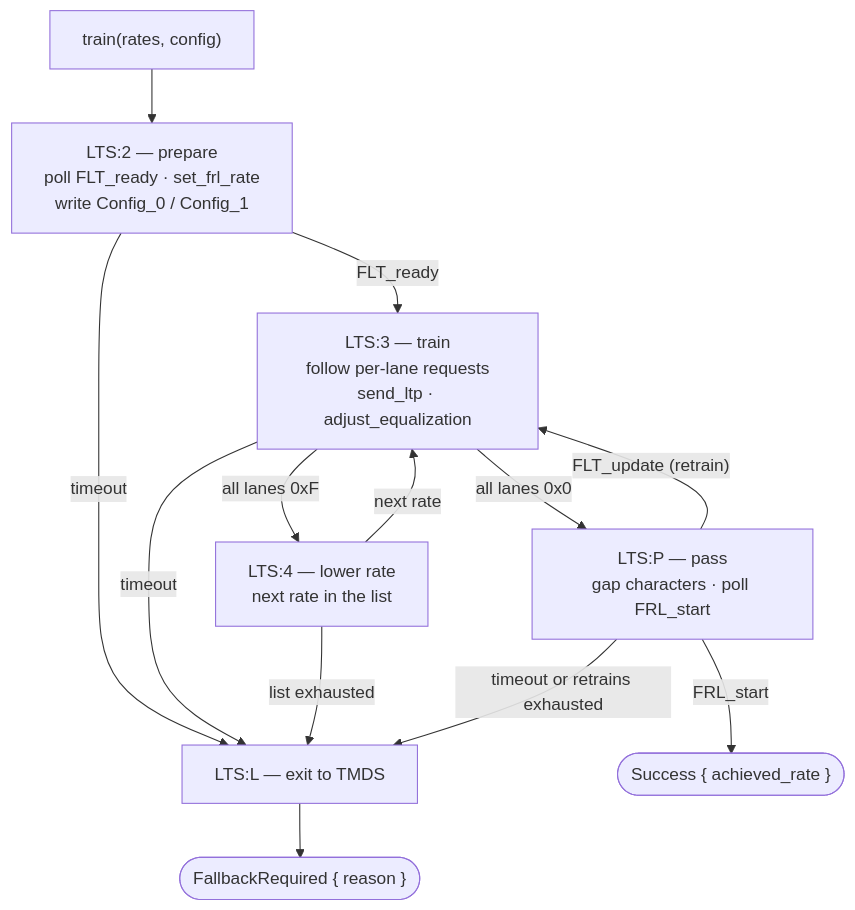
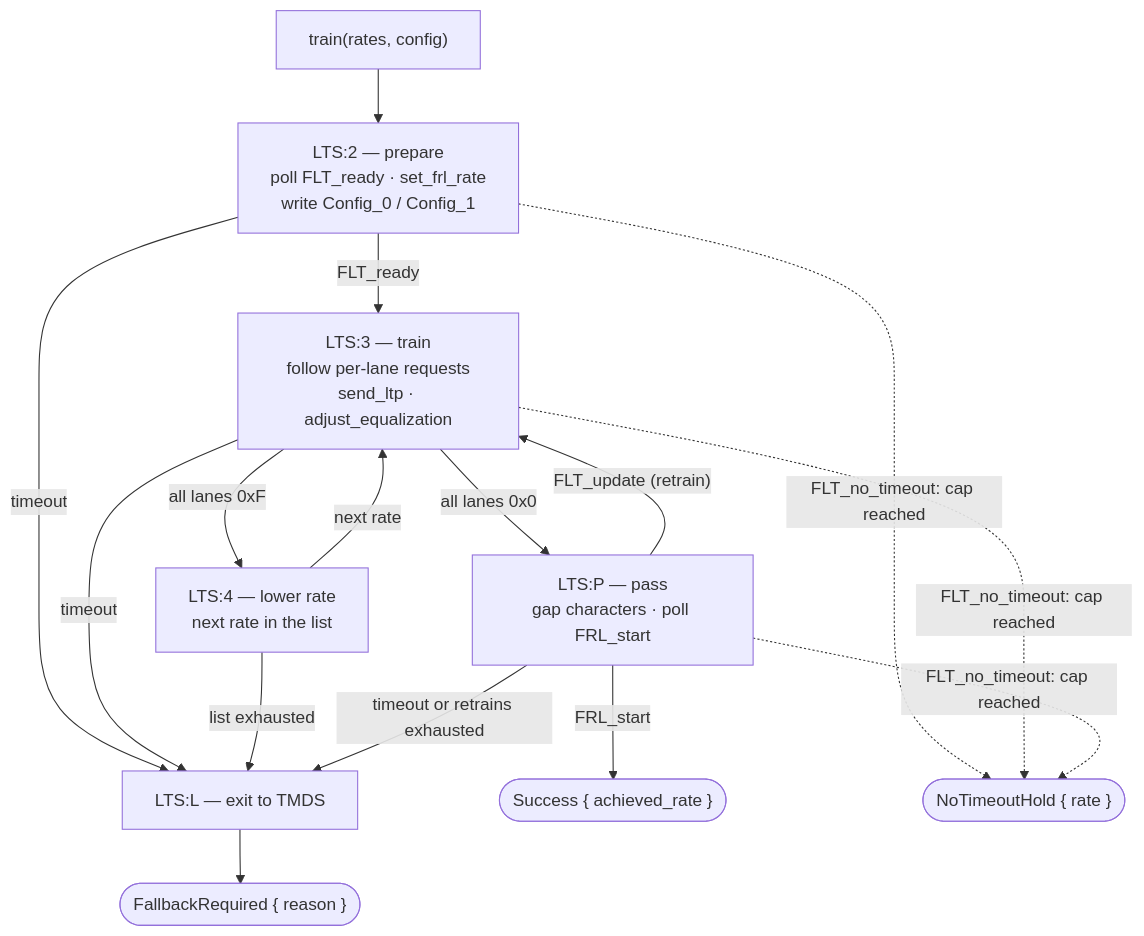
One commit to DracoWhitefire/plumbob changed the first of 2 diagrams in README.md. Above: the diagram before and after it, drawn with Mermaid. The commit also changed other lines of this file and 8 other files, not shown here.

Commit message:
Keep FRL training; FLT_no_timeout holds the link

````diff
--- a/README.md
+++ b/README.md
@@ -115,24 +115,26 @@
 ```mermaid
 flowchart TD
     A["train(rates, config)"]
     P2["LTS:2 — prepare\npoll FLT_ready · set_frl_rate\nwrite Config_0 / Config_1"]
     P3["LTS:3 — train\nfollow per-lane requests\nsend_ltp · adjust_equalization"]
     PP["LTS:P — pass\ngap characters · poll FRL_start"]
     P4["LTS:4 — lower rate\nnext rate in the list"]
     PL["LTS:L — exit to TMDS"]
     S(["Success { achieved_rate }"])
     F(["FallbackRequired { reason }"])
+    H(["NoTimeoutHold { rate }"])
 
     A --> P2
     P2 -- FLT_ready --> P3
     P2 -- timeout --> PL
     P3 -- "all lanes 0x0" --> PP
     P3 -- "all lanes 0xF" --> P4
     P3 -- timeout --> PL
     P4 -- next rate --> P3
     P4 -- "list exhausted" --> PL
     PP -- FRL_start --> S
     PP -- "FLT_update (retrain)" --> P3
     PP -- "timeout or retrains exhausted" --> PL
     PL --> F
+    P2 & P3 & PP -. "FLT_no_timeout: cap reached" .-> H
 ```
````
